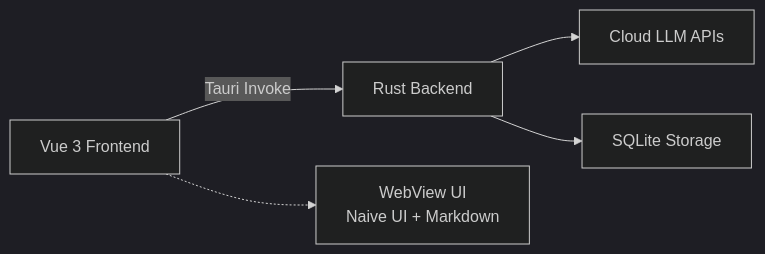
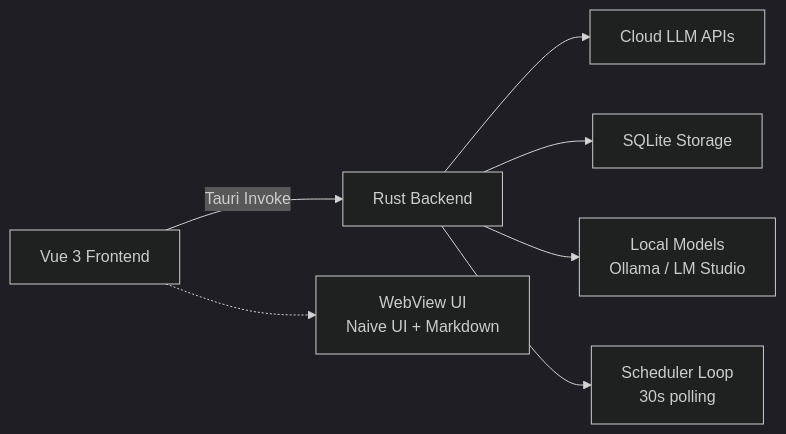
The diagram in readme.md (baiyuheniao/BaiyuAISpace2), drawn with Mermaid (dark theme) before and after one commit. The commit also changed other lines of this file and 2 other files, not shown here.

````diff
--- a/readme.md
+++ b/readme.md
@@ -69,7 +102,9 @@
 ```mermaid
 graph LR
     A[Vue 3 Frontend] -->|Tauri Invoke| B[Rust Backend]
     B --> C[Cloud LLM APIs]
     B --> D[SQLite Storage]
-    A -.-> E[WebView UI<br/>Naive UI + Markdown]
+    B --> E[Local Models<br/>Ollama / LM Studio]
+    B --> F[Scheduler Loop<br/>30s polling]
+    A -.-> G[WebView UI<br/>Naive UI + Markdown]
 ```
````
